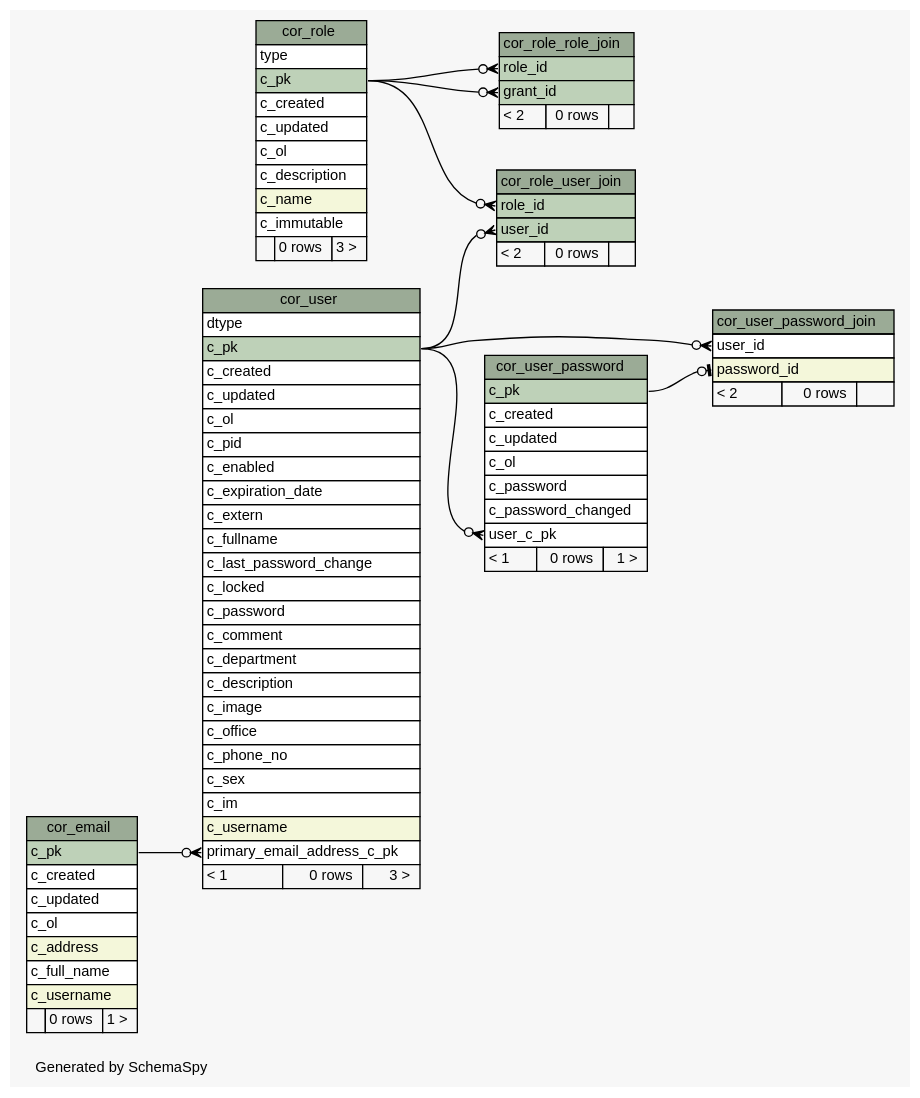
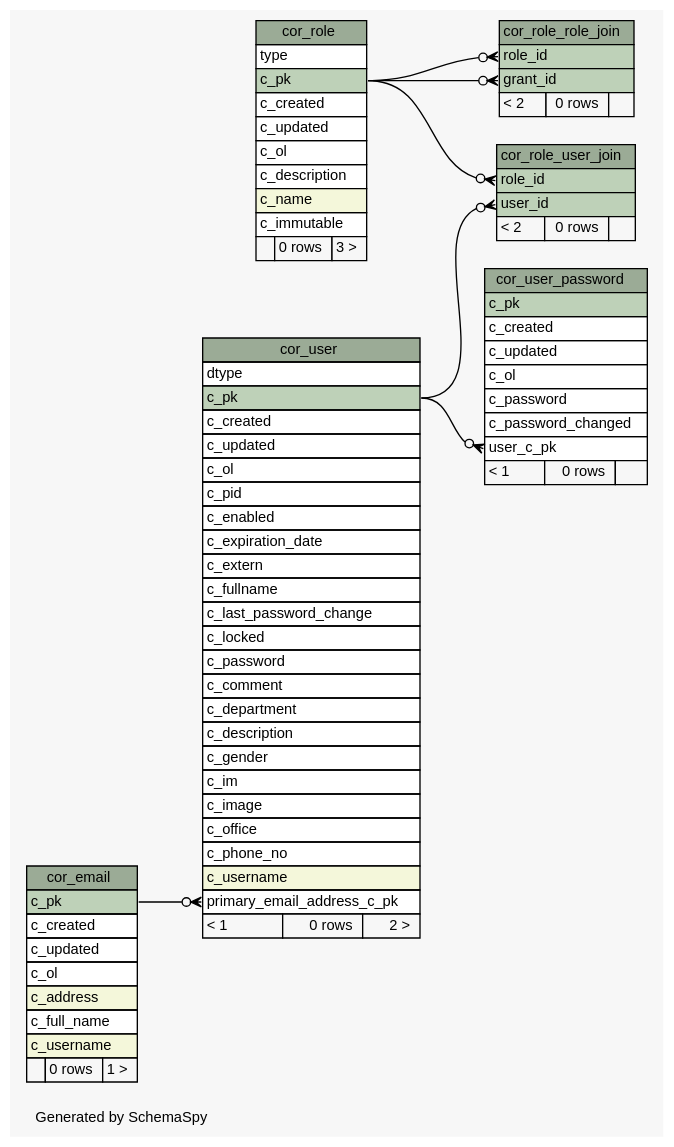
One commit to openwms/org.openwms.core.uaa changed the diagram in schemaspy/diagrams/summary/relationships.real.large.dot. Above: the diagram before and after it, drawn with Graphviz. The commit also changed 331 other files, not shown here.

```diff
--- a/schemaspy/diagrams/summary/relationships.real.large.dot
+++ b/schemaspy/diagrams/summary/relationships.real.large.dot
@@ -1,144 +1,131 @@
-// dot 2.36.0 on Linux 4.4.0-101-generic
+// dot 2.38.0 on Linux 4.15.0-1055-gcp
 // SchemaSpy rev Unknown
 digraph "largeRelationshipsDiagram" {
   graph [
     rankdir="RL"
     bgcolor="#f7f7f7"
     label="\nGenerated by SchemaSpy"
     labeljust="l"
     nodesep="0.18"
     ranksep="0.46"
     fontname="Helvetica"
     fontsize="11"
   ];
   node [
     fontname="Helvetica"
     fontsize="11"
     shape="plaintext"
   ];
   edge [
     arrowsize="0.8"
   ];
   "cor_email" [
     label=<
     <TABLE BORDER="0" CELLBORDER="1" CELLSPACING="0" BGCOLOR="#ffffff">
       <TR><TD COLSPAN="3" BGCOLOR="#9bab96" ALIGN="CENTER">cor_email</TD></TR>
       <TR><TD PORT="c_pk" COLSPAN="3" BGCOLOR="#bed1b8" ALIGN="LEFT">c_pk</TD></TR>
       <TR><TD PORT="c_created" COLSPAN="3" ALIGN="LEFT">c_created</TD></TR>
       <TR><TD PORT="c_updated" COLSPAN="3" ALIGN="LEFT">c_updated</TD></TR>
       <TR><TD PORT="c_ol" COLSPAN="3" ALIGN="LEFT">c_ol</TD></TR>
       <TR><TD PORT="c_address" COLSPAN="3" BGCOLOR="#f4f7da" ALIGN="LEFT">c_address</TD></TR>
       <TR><TD PORT="c_full_name" COLSPAN="3" ALIGN="LEFT">c_full_name</TD></TR>
       <TR><TD PORT="c_username" COLSPAN="3" BGCOLOR="#f4f7da" ALIGN="LEFT">c_username</TD></TR>
       <TR><TD ALIGN="LEFT" BGCOLOR="#f7f7f7">  </TD><TD ALIGN="RIGHT" BGCOLOR="#f7f7f7">0 rows</TD><TD ALIGN="RIGHT" BGCOLOR="#f7f7f7">1 &gt;</TD></TR>
     </TABLE>>
     URL="tables/cor_email.html"
     tooltip="cor_email"
   ];
   "cor_role" [
     label=<
     <TABLE BORDER="0" CELLBORDER="1" CELLSPACING="0" BGCOLOR="#ffffff">
       <TR><TD COLSPAN="3" BGCOLOR="#9bab96" ALIGN="CENTER">cor_role</TD></TR>
       <TR><TD PORT="type" COLSPAN="3" ALIGN="LEFT">type</TD></TR>
       <TR><TD PORT="c_pk" COLSPAN="3" BGCOLOR="#bed1b8" ALIGN="LEFT">c_pk</TD></TR>
       <TR><TD PORT="c_created" COLSPAN="3" ALIGN="LEFT">c_created</TD></TR>
       <TR><TD PORT="c_updated" COLSPAN="3" ALIGN="LEFT">c_updated</TD></TR>
       <TR><TD PORT="c_ol" COLSPAN="3" ALIGN="LEFT">c_ol</TD></TR>
       <TR><TD PORT="c_description" COLSPAN="3" ALIGN="LEFT">c_description</TD></TR>
       <TR><TD PORT="c_name" COLSPAN="3" BGCOLOR="#f4f7da" ALIGN="LEFT">c_name</TD></TR>
       <TR><TD PORT="c_immutable" COLSPAN="3" ALIGN="LEFT">c_immutable</TD></TR>
       <TR><TD ALIGN="LEFT" BGCOLOR="#f7f7f7">  </TD><TD ALIGN="RIGHT" BGCOLOR="#f7f7f7">0 rows</TD><TD ALIGN="RIGHT" BGCOLOR="#f7f7f7">3 &gt;</TD></TR>
     </TABLE>>
     URL="tables/cor_role.html"
     tooltip="cor_role"
   ];
   "cor_role_role_join" [
     label=<
     <TABLE BORDER="0" CELLBORDER="1" CELLSPACING="0" BGCOLOR="#ffffff">
       <TR><TD COLSPAN="3" BGCOLOR="#9bab96" ALIGN="CENTER">cor_role_role_join</TD></TR>
       <TR><TD PORT="role_id" COLSPAN="3" BGCOLOR="#bed1b8" ALIGN="LEFT">role_id</TD></TR>
       <TR><TD PORT="grant_id" COLSPAN="3" BGCOLOR="#bed1b8" ALIGN="LEFT">grant_id</TD></TR>
       <TR><TD ALIGN="LEFT" BGCOLOR="#f7f7f7">&lt; 2</TD><TD ALIGN="RIGHT" BGCOLOR="#f7f7f7">0 rows</TD><TD ALIGN="RIGHT" BGCOLOR="#f7f7f7">  </TD></TR>
     </TABLE>>
     URL="tables/cor_role_role_join.html"
     tooltip="cor_role_role_join"
   ];
   "cor_role_user_join" [
     label=<
     <TABLE BORDER="0" CELLBORDER="1" CELLSPACING="0" BGCOLOR="#ffffff">
       <TR><TD COLSPAN="3" BGCOLOR="#9bab96" ALIGN="CENTER">cor_role_user_join</TD></TR>
       <TR><TD PORT="role_id" COLSPAN="3" BGCOLOR="#bed1b8" ALIGN="LEFT">role_id</TD></TR>
       <TR><TD PORT="user_id" COLSPAN="3" BGCOLOR="#bed1b8" ALIGN="LEFT">user_id</TD></TR>
       <TR><TD ALIGN="LEFT" BGCOLOR="#f7f7f7">&lt; 2</TD><TD ALIGN="RIGHT" BGCOLOR="#f7f7f7">0 rows</TD><TD ALIGN="RIGHT" BGCOLOR="#f7f7f7">  </TD></TR>
     </TABLE>>
     URL="tables/cor_role_user_join.html"
     tooltip="cor_role_user_join"
   ];
   "cor_user" [
     label=<
     <TABLE BORDER="0" CELLBORDER="1" CELLSPACING="0" BGCOLOR="#ffffff">
       <TR><TD COLSPAN="3" BGCOLOR="#9bab96" ALIGN="CENTER">cor_user</TD></TR>
       <TR><TD PORT="dtype" COLSPAN="3" ALIGN="LEFT">dtype</TD></TR>
       <TR><TD PORT="c_pk" COLSPAN="3" BGCOLOR="#bed1b8" ALIGN="LEFT">c_pk</TD></TR>
       <TR><TD PORT="c_created" COLSPAN="3" ALIGN="LEFT">c_created</TD></TR>
       <TR><TD PORT="c_updated" COLSPAN="3" ALIGN="LEFT">c_updated</TD></TR>
       <TR><TD PORT="c_ol" COLSPAN="3" ALIGN="LEFT">c_ol</TD></TR>
       <TR><TD PORT="c_pid" COLSPAN="3" ALIGN="LEFT">c_pid</TD></TR>
       <TR><TD PORT="c_enabled" COLSPAN="3" ALIGN="LEFT">c_enabled</TD></TR>
       <TR><TD PORT="c_expiration_date" COLSPAN="3" ALIGN="LEFT">c_expiration_date</TD></TR>
       <TR><TD PORT="c_extern" COLSPAN="3" ALIGN="LEFT">c_extern</TD></TR>
       <TR><TD PORT="c_fullname" COLSPAN="3" ALIGN="LEFT">c_fullname</TD></TR>
       <TR><TD PORT="c_last_password_change" COLSPAN="3" ALIGN="LEFT">c_last_password_change</TD></TR>
       <TR><TD PORT="c_locked" COLSPAN="3" ALIGN="LEFT">c_locked</TD></TR>
       <TR><TD PORT="c_password" COLSPAN="3" ALIGN="LEFT">c_password</TD></TR>
       <TR><TD PORT="c_comment" COLSPAN="3" ALIGN="LEFT">c_comment</TD></TR>
       <TR><TD PORT="c_department" COLSPAN="3" ALIGN="LEFT">c_department</TD></TR>
       <TR><TD PORT="c_description" COLSPAN="3" ALIGN="LEFT">c_description</TD></TR>
+      <TR><TD PORT="c_gender" COLSPAN="3" ALIGN="LEFT">c_gender</TD></TR>
+      <TR><TD PORT="c_im" COLSPAN="3" ALIGN="LEFT">c_im</TD></TR>
       <TR><TD PORT="c_image" COLSPAN="3" ALIGN="LEFT">c_image</TD></TR>
       <TR><TD PORT="c_office" COLSPAN="3" ALIGN="LEFT">c_office</TD></TR>
       <TR><TD PORT="c_phone_no" COLSPAN="3" ALIGN="LEFT">c_phone_no</TD></TR>
-      <TR><TD PORT="c_sex" COLSPAN="3" ALIGN="LEFT">c_sex</TD></TR>
-      <TR><TD PORT="c_im" COLSPAN="3" ALIGN="LEFT">c_im</TD></TR>
       <TR><TD PORT="c_username" COLSPAN="3" BGCOLOR="#f4f7da" ALIGN="LEFT">c_username</TD></TR>
       <TR><TD PORT="primary_email_address_c_pk" COLSPAN="3" ALIGN="LEFT">primary_email_address_c_pk</TD></TR>
-      <TR><TD ALIGN="LEFT" BGCOLOR="#f7f7f7">&lt; 1</TD><TD ALIGN="RIGHT" BGCOLOR="#f7f7f7">0 rows</TD><TD ALIGN="RIGHT" BGCOLOR="#f7f7f7">3 &gt;</TD></TR>
+      <TR><TD ALIGN="LEFT" BGCOLOR="#f7f7f7">&lt; 1</TD><TD ALIGN="RIGHT" BGCOLOR="#f7f7f7">0 rows</TD><TD ALIGN="RIGHT" BGCOLOR="#f7f7f7">2 &gt;</TD></TR>
     </TABLE>>
     URL="tables/cor_user.html"
     tooltip="cor_user"
   ];
   "cor_user_password" [
     label=<
     <TABLE BORDER="0" CELLBORDER="1" CELLSPACING="0" BGCOLOR="#ffffff">
       <TR><TD COLSPAN="3" BGCOLOR="#9bab96" ALIGN="CENTER">cor_user_password</TD></TR>
       <TR><TD PORT="c_pk" COLSPAN="3" BGCOLOR="#bed1b8" ALIGN="LEFT">c_pk</TD></TR>
       <TR><TD PORT="c_created" COLSPAN="3" ALIGN="LEFT">c_created</TD></TR>
       <TR><TD PORT="c_updated" COLSPAN="3" ALIGN="LEFT">c_updated</TD></TR>
       <TR><TD PORT="c_ol" COLSPAN="3" ALIGN="LEFT">c_ol</TD></TR>
       <TR><TD PORT="c_password" COLSPAN="3" ALIGN="LEFT">c_password</TD></TR>
       <TR><TD PORT="c_password_changed" COLSPAN="3" ALIGN="LEFT">c_password_changed</TD></TR>
       <TR><TD PORT="user_c_pk" COLSPAN="3" ALIGN="LEFT">user_c_pk</TD></TR>
-      <TR><TD ALIGN="LEFT" BGCOLOR="#f7f7f7">&lt; 1</TD><TD ALIGN="RIGHT" BGCOLOR="#f7f7f7">0 rows</TD><TD ALIGN="RIGHT" BGCOLOR="#f7f7f7">1 &gt;</TD></TR>
+      <TR><TD ALIGN="LEFT" BGCOLOR="#f7f7f7">&lt; 1</TD><TD ALIGN="RIGHT" BGCOLOR="#f7f7f7">0 rows</TD><TD ALIGN="RIGHT" BGCOLOR="#f7f7f7">  </TD></TR>
     </TABLE>>
     URL="tables/cor_user_password.html"
     tooltip="cor_user_password"
-  ];
-  "cor_user_password_join" [
-    label=<
-    <TABLE BORDER="0" CELLBORDER="1" CELLSPACING="0" BGCOLOR="#ffffff">
-      <TR><TD COLSPAN="3" BGCOLOR="#9bab96" ALIGN="CENTER">cor_user_password_join</TD></TR>
-      <TR><TD PORT="user_id" COLSPAN="3" ALIGN="LEFT">user_id</TD></TR>
-      <TR><TD PORT="password_id" COLSPAN="3" BGCOLOR="#f4f7da" ALIGN="LEFT">password_id</TD></TR>
-      <TR><TD ALIGN="LEFT" BGCOLOR="#f7f7f7">&lt; 2</TD><TD ALIGN="RIGHT" BGCOLOR="#f7f7f7">0 rows</TD><TD ALIGN="RIGHT" BGCOLOR="#f7f7f7">  </TD></TR>
-    </TABLE>>
-    URL="tables/cor_user_password_join.html"
-    tooltip="cor_user_password_join"
   ];
   "cor_role_role_join":"grant_id":w -> "cor_role":"c_pk":e [arrowhead=none dir=back arrowtail=crowodot];
   "cor_role_role_join":"role_id":w -> "cor_role":"c_pk":e [arrowhead=none dir=back arrowtail=crowodot];
   "cor_role_user_join":"role_id":w -> "cor_role":"c_pk":e [arrowhead=none dir=back arrowtail=crowodot];
   "cor_role_user_join":"user_id":w -> "cor_user":"c_pk":e [arrowhead=none dir=back arrowtail=crowodot];
   "cor_user":"primary_email_address_c_pk":w -> "cor_email":"c_pk":e [arrowhead=none dir=back arrowtail=crowodot];
   "cor_user_password":"user_c_pk":w -> "cor_user":"c_pk":e [arrowhead=none dir=back arrowtail=crowodot];
-  "cor_user_password_join":"password_id":w -> "cor_user_password":"c_pk":e [arrowhead=none dir=back arrowtail=teeodot];
-  "cor_user_password_join":"user_id":w -> "cor_user":"c_pk":e [arrowhead=none dir=back arrowtail=crowodot];
 }
```
